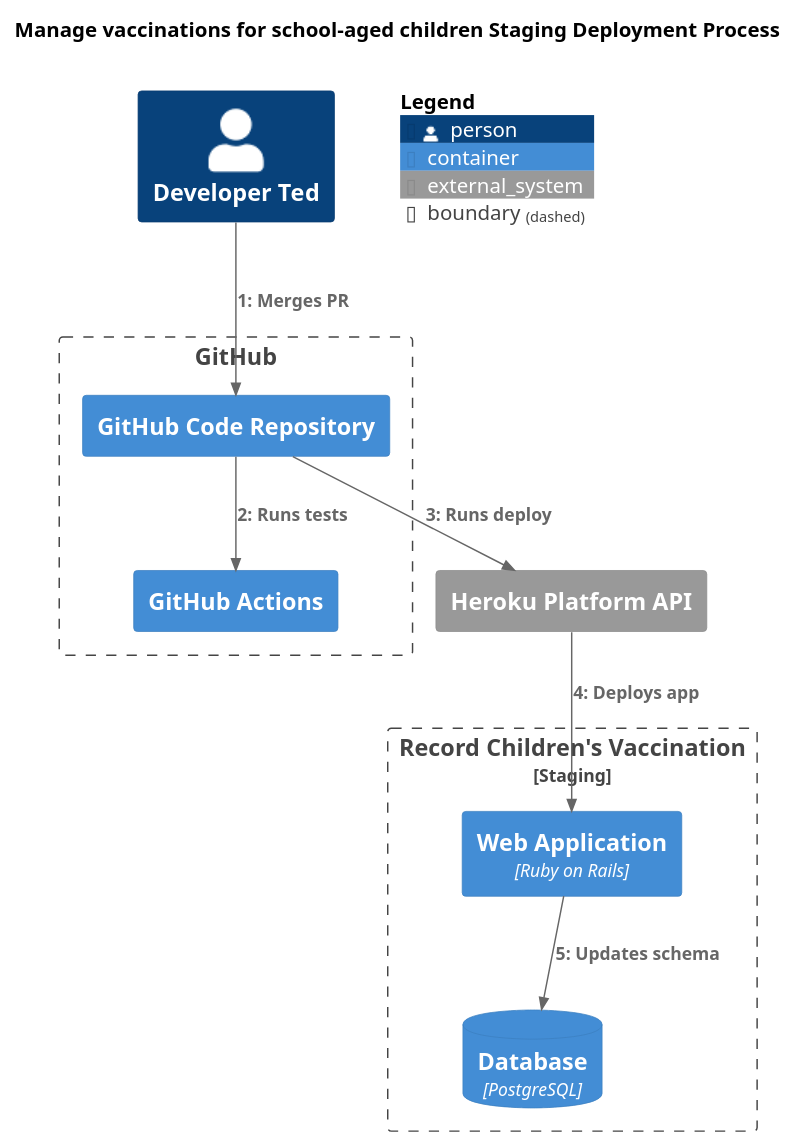
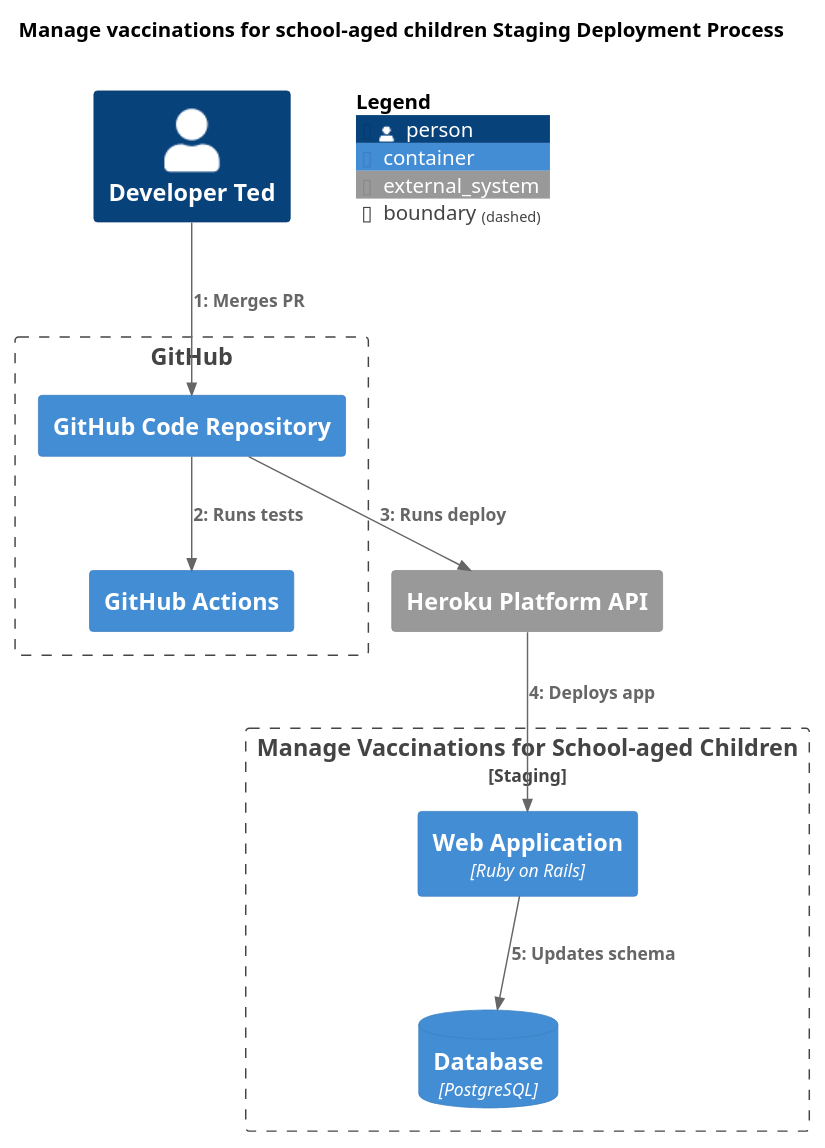
The diagram in docs/diagrams/staging-deployment-process.puml (nhsuk/manage-vaccinations-in-schools), drawn with PlantUML before and after one commit. The commit also changed 14 other files, not shown here.

Commit message:
Rename record to manage

```diff
--- a/docs/diagrams/staging-deployment-process.puml
+++ b/docs/diagrams/staging-deployment-process.puml
@@ -1,28 +1,28 @@
 @startuml
 
 !include <C4/C4_Dynamic.puml>
 
 title "Manage vaccinations for school-aged children Staging Deployment Process"
 
 System_Ext(herokuAPI, "Heroku Platform API")
-Boundary(record, "Record Children's Vaccination", "Staging") {
+Boundary(manage, "Manage Vaccinations for School-aged Children", "Staging") {
   Container(serverStaging, "Web Application", "Ruby on Rails")
   ContainerDb(dbStaging, "Database", "PostgreSQL")
 }
 
 Person(devT, "Developer Ted")
 
 Boundary(github, "GitHub") {
     Container(repo, "GitHub Code Repository")
     Container(actions, "GitHub Actions")
 }
 
 Rel(devT, repo, "Merges PR")
 Rel(repo, actions, "Runs tests")
 Rel(repo, herokuAPI, "Runs deploy")
 Rel(herokuAPI, serverStaging, "Deploys app")
 Rel(serverStaging, dbStaging, "Updates schema")
 
 SHOW_FLOATING_LEGEND()
 
 @enduml
```
